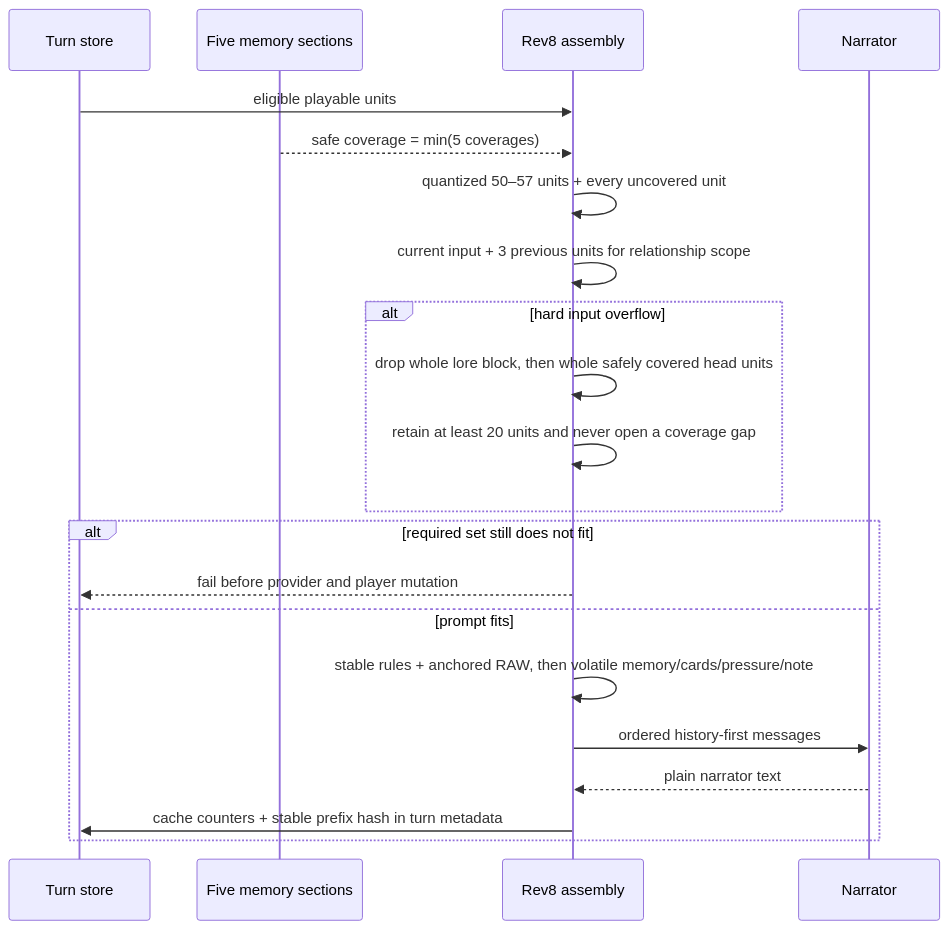
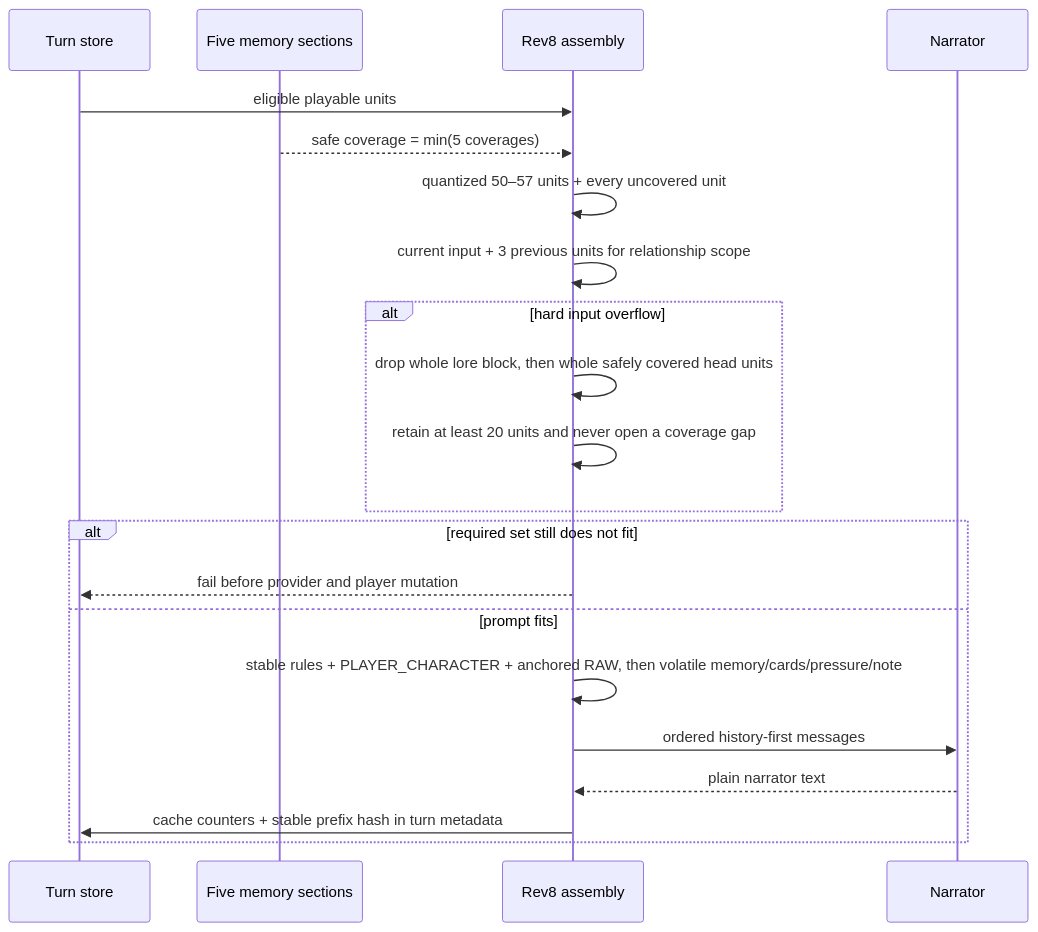
The fifth of 10 diagrams in docs/wiki/03-turn-lifecycle.md (abykovwww-byte/ubuntu_ansible_palybooks), drawn with Mermaid before and after one commit. The commit also changed other lines of this file and 29 other files, not shown here.

````diff
--- a/docs/wiki/03-turn-lifecycle.md
+++ b/docs/wiki/03-turn-lifecycle.md
@@ -325,24 +328,24 @@
 ```mermaid
 sequenceDiagram
     participant Store as Turn store
     participant Mem as Five memory sections
     participant Prompt as Rev8 assembly
     participant LLM as Narrator
 
     Store->>Prompt: eligible playable units
     Mem-->>Prompt: safe coverage = min(5 coverages)
     Prompt->>Prompt: quantized 50–57 units + every uncovered unit
     Prompt->>Prompt: current input + 3 previous units for relationship scope
     alt hard input overflow
         Prompt->>Prompt: drop whole lore block, then whole safely covered head units
         Prompt->>Prompt: retain at least 20 units and never open a coverage gap
     end
     alt required set still does not fit
         Prompt-->>Store: fail before provider and player mutation
     else prompt fits
-        Prompt->>Prompt: stable rules + anchored RAW, then volatile memory/cards/pressure/note
+        Prompt->>Prompt: stable rules + PLAYER_CHARACTER + anchored RAW, then volatile memory/cards/pressure/note
         Prompt->>LLM: ordered history-first messages
         LLM-->>Prompt: plain narrator text
         Prompt->>Store: cache counters + stable prefix hash in turn metadata
     end
 ```
````
